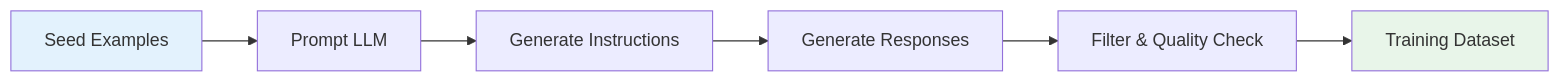
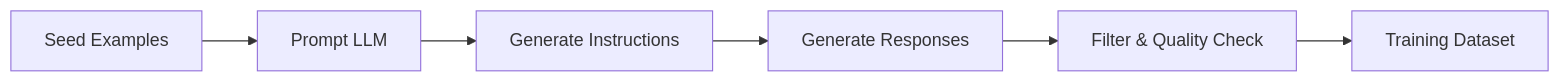
The second of 3 diagrams in content/Concepts/dataset-creation-llm.md (xdflatline/quartz), drawn with Mermaid before and after one commit. The commit also changed other lines of this file and 6 other files, not shown here.

````diff
--- a/content/Concepts/dataset-creation-llm.md
+++ b/content/Concepts/dataset-creation-llm.md
@@ -116,11 +112,9 @@
 ```mermaid
 graph LR
     A[Seed Examples] --> B[Prompt LLM]
     B --> C[Generate Instructions]
     C --> D[Generate Responses]
     D --> E[Filter & Quality Check]
     E --> F[Training Dataset]
     
-    style A fill:#e3f2fd
-    style F fill:#e8f5e9
 ```
````
